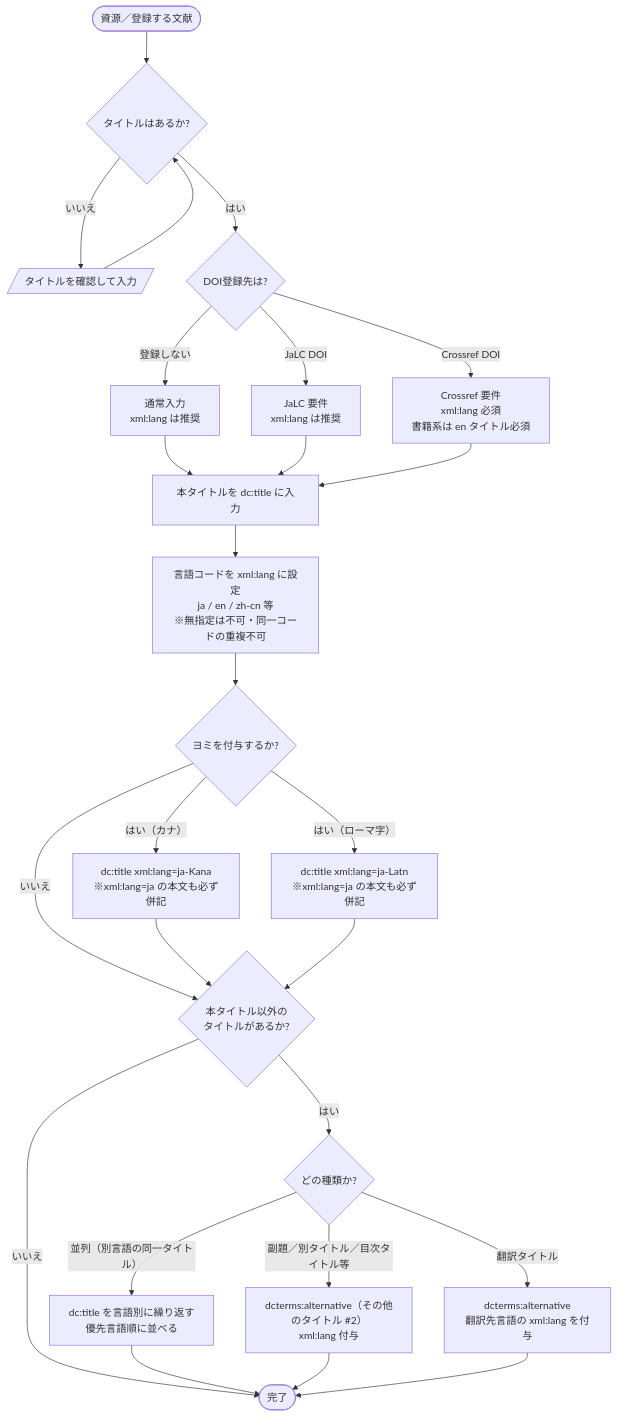
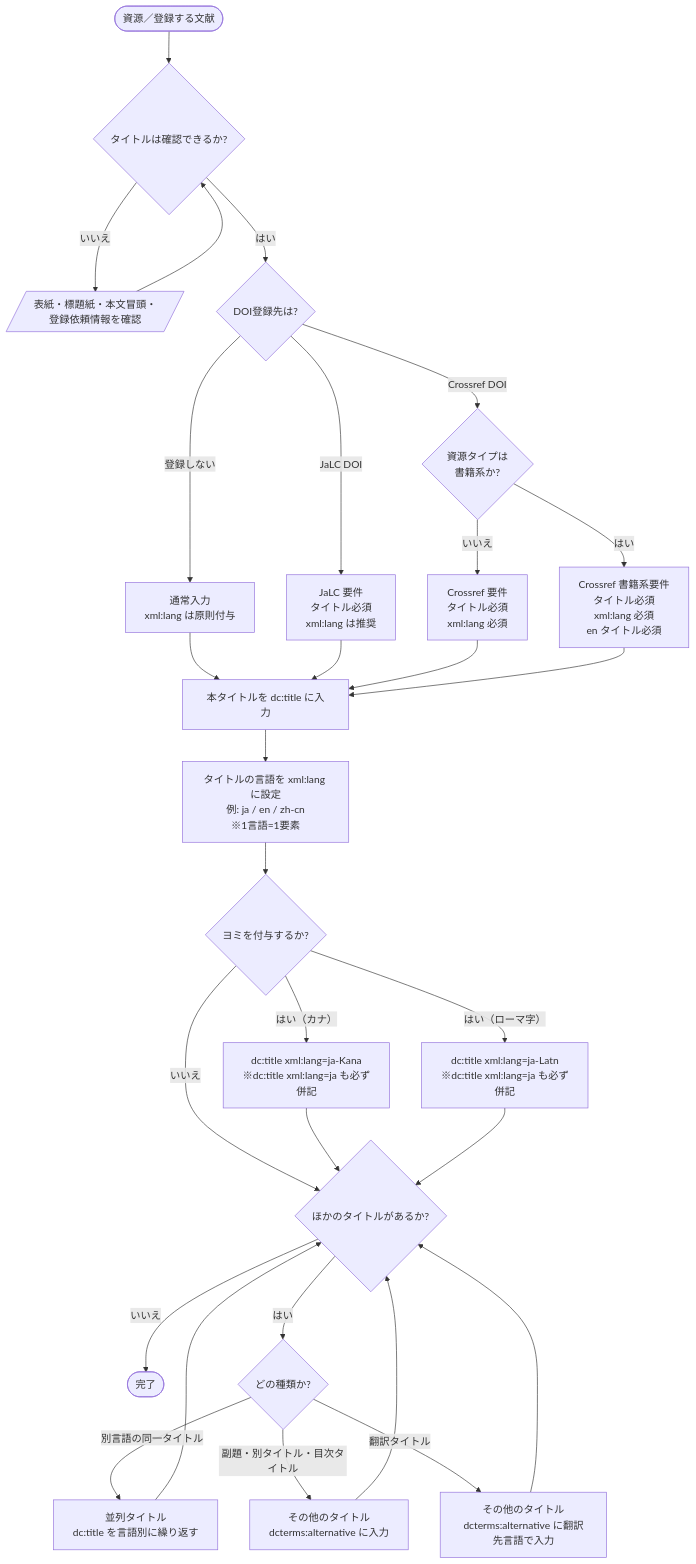
The diagram in decision-trees/title.md (tzhaya/jpcoarschema-helper), drawn with Mermaid before and after one commit. The commit also changed other lines of this file and 5 other files, not shown here.

````diff
--- a/decision-trees/title.md
+++ b/decision-trees/title.md
@@ -23,39 +37,43 @@
 ```mermaid
 flowchart TD
-    R([資源／登録する文献]) --> D0{タイトルはあるか?}
-    D0 -- いいえ --> A0[/タイトルを確認して入力/]
+    R([資源／登録する文献]) --> D0{タイトルは確認できるか?}
+    D0 -- いいえ --> A0[/表紙・標題紙・本文冒頭・登録依頼情報を確認/]
     A0 --> D0
     D0 -- はい --> Q1{DOI登録先は?}
 
-    Q1 -- 登録しない --> CTX0["通常入力<br/>xml:lang は推奨"]
-    Q1 -- JaLC DOI --> CTX1["JaLC 要件<br/>xml:lang は推奨"]
-    Q1 -- Crossref DOI --> CTX2["Crossref 要件<br/>xml:lang 必須<br/>書籍系は en タイトル必須"]
+    Q1 -- 登録しない --> CTX0["通常入力<br/>xml:lang は原則付与"]
+    Q1 -- JaLC DOI --> CTX1["JaLC 要件<br/>タイトル必須<br/>xml:lang は推奨"]
+    Q1 -- Crossref DOI --> Q1a{資源タイプは<br/>書籍系か?}
+
+    Q1a -- いいえ --> CTX2["Crossref 要件<br/>タイトル必須<br/>xml:lang 必須"]
+    Q1a -- はい --> CTX3["Crossref 書籍系要件<br/>タイトル必須<br/>xml:lang 必須<br/>en タイトル必須"]
 
     CTX0 --> P1
     CTX1 --> P1
     CTX2 --> P1
+    CTX3 --> P1
 
-    P1["本タイトルを dc:title に入力"] --> P2["言語コードを xml:lang に設定<br/>ja / en / zh-cn 等<br/>※無指定は不可・同一コードの重複不可"]
+    P1["本タイトルを dc:title に入力"] --> P2["タイトルの言語を xml:lang に設定<br/>例: ja / en / zh-cn<br/>※1言語=1要素"]
     P2 --> D2{ヨミを付与するか?}
 
-    D2 -- "はい（カナ）" --> A2a["dc:title xml:lang=ja-Kana<br/>※xml:lang=ja の本文も必ず併記"]
-    D2 -- "はい（ローマ字）" --> A2b["dc:title xml:lang=ja-Latn<br/>※xml:lang=ja の本文も必ず併記"]
+    D2 -- "はい（カナ）" --> A2a["dc:title xml:lang=ja-Kana<br/>※dc:title xml:lang=ja も必ず併記"]
+    D2 -- "はい（ローマ字）" --> A2b["dc:title xml:lang=ja-Latn<br/>※dc:title xml:lang=ja も必ず併記"]
     D2 -- いいえ --> D3
 
     A2a --> D3
     A2b --> D3
 
-    D3{本タイトル以外の<br/>タイトルがあるか?}
+    D3{ほかのタイトルがあるか?}
     D3 -- いいえ --> END
     D3 -- はい --> D3a{どの種類か?}
 
-    D3a -- "並列（別言語の同一タイトル）" --> A3a["dc:title を言語別に繰り返す<br/>優先言語順に並べる"]
-    D3a -- "副題／別タイトル／目次タイトル等" --> A3b["dcterms:alternative（その他のタイトル #2）<br/>xml:lang 付与"]
-    D3a -- "翻訳タイトル" --> A3c["dcterms:alternative<br/>翻訳先言語の xml:lang を付与"]
+    D3a -- "別言語の同一タイトル" --> A3a["並列タイトル<br/>dc:title を言語別に繰り返す"]
+    D3a -- "副題・別タイトル・目次タイトル" --> A3b["その他のタイトル<br/>dcterms:alternative に入力"]
+    D3a -- "翻訳タイトル" --> A3c["その他のタイトル<br/>dcterms:alternative に翻訳先言語で入力"]
 
-    A3a --> END
-    A3b --> END
-    A3c --> END
+    A3a --> D3
+    A3b --> D3
+    A3c --> D3
 
     END([完了])
 ```
````
